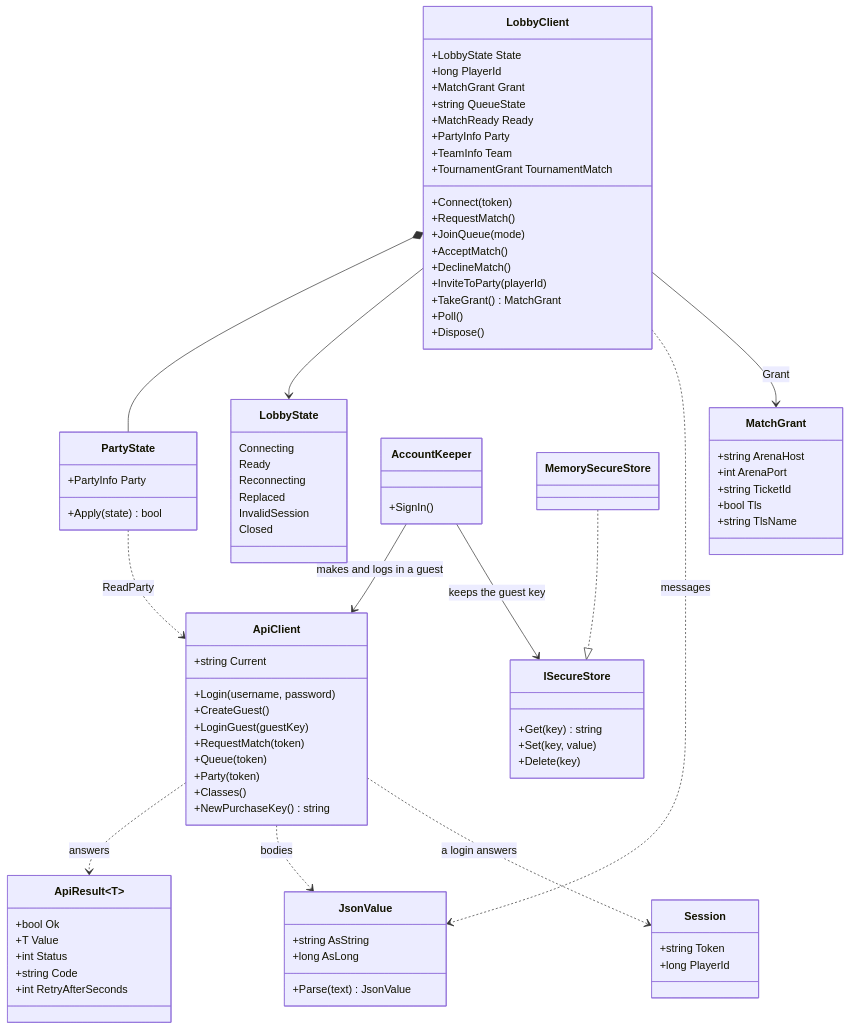
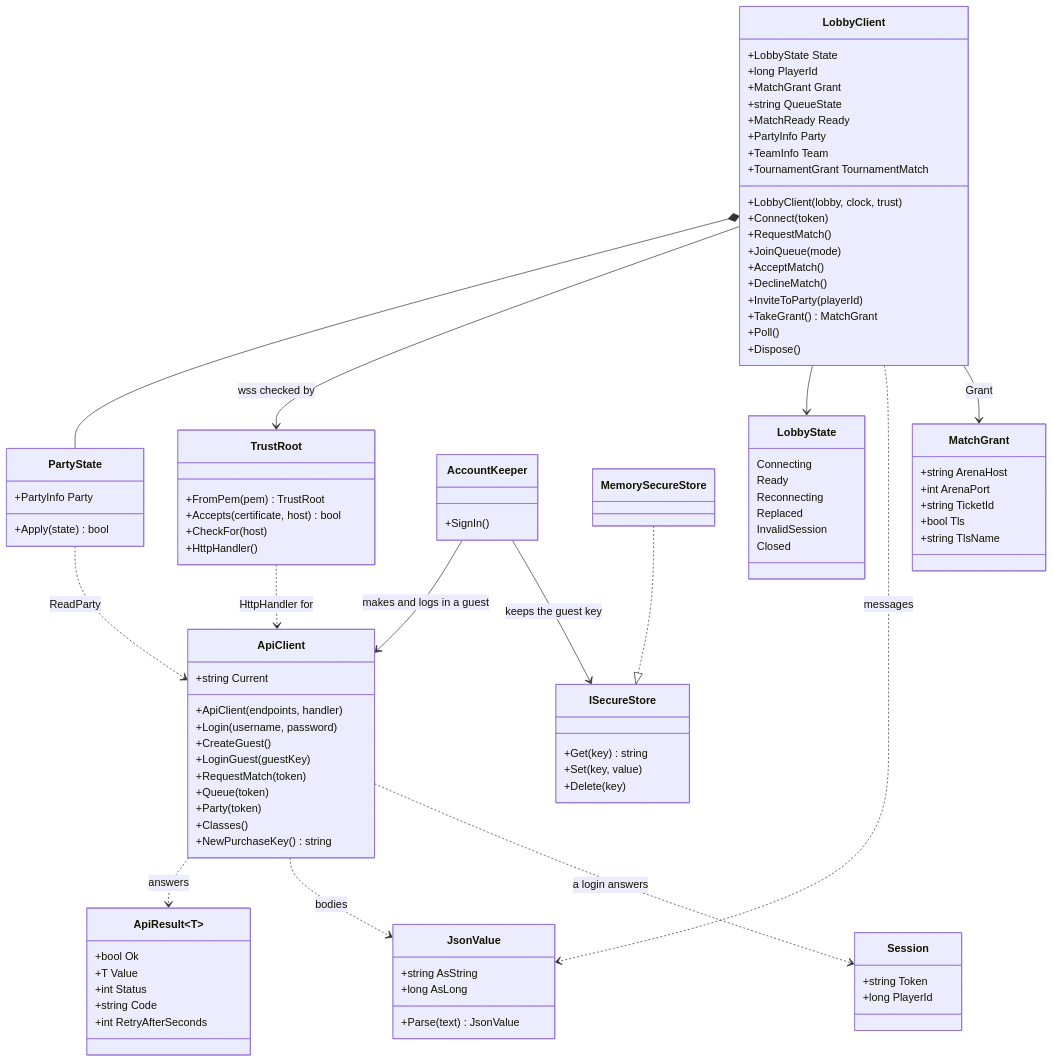
One commit to greensoft-atom/depio-simulation-platform changed the third of 13 diagrams in docs/diagrams/06-client.md. Above: the diagram before and after it, drawn with Mermaid. The commit also changed other lines of this file and 121 other files, not shown here.

````diff
--- a/docs/diagrams/06-client.md
+++ b/docs/diagrams/06-client.md
@@ -214,6 +230,7 @@
 ```mermaid
 classDiagram
     class LobbyClient {
+        +LobbyClient(lobby, clock, trust)
         +LobbyState State
         +long PlayerId
         +MatchGrant Grant
@@ -245,6 +262,7 @@
         +Apply(state) bool
     }
     class ApiClient {
+        +ApiClient(endpoints, handler)
         +string Current
         +Login(username, password)
         +CreateGuest()
@@ -287,7 +305,15 @@
         +bool Tls
         +string TlsName
     }
+    class TrustRoot {
+        +FromPem(pem) TrustRoot
+        +Accepts(certificate, host) bool
+        +CheckFor(host)
+        +HttpHandler()
+    }
     LobbyClient *-- PartyState
+    LobbyClient --> TrustRoot : wss checked by
+    TrustRoot ..> ApiClient : HttpHandler for
     LobbyClient --> LobbyState
     LobbyClient ..> JsonValue : messages
     LobbyClient --> MatchGrant : Grant
````
